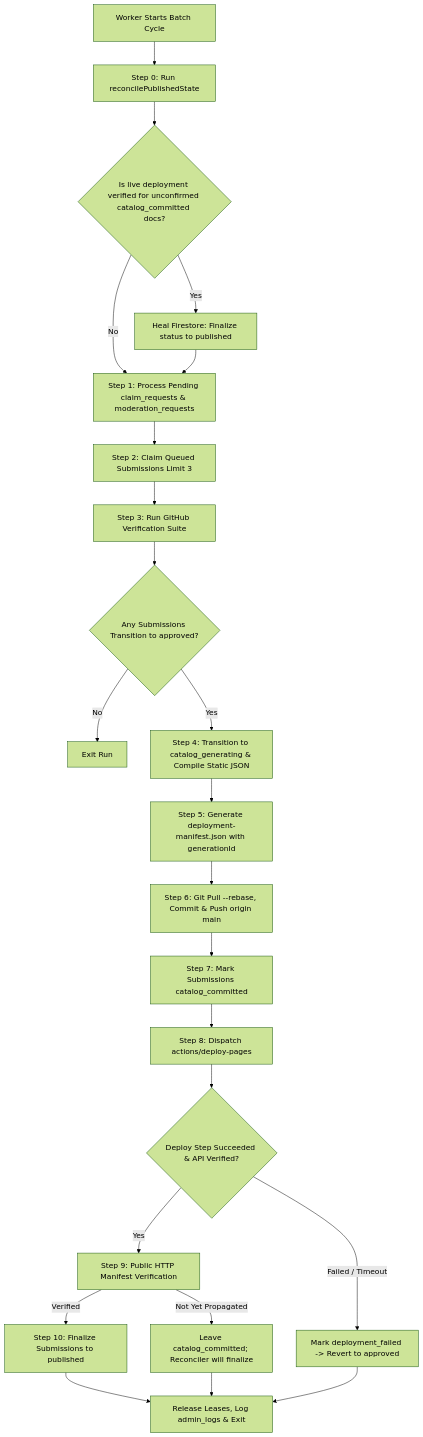
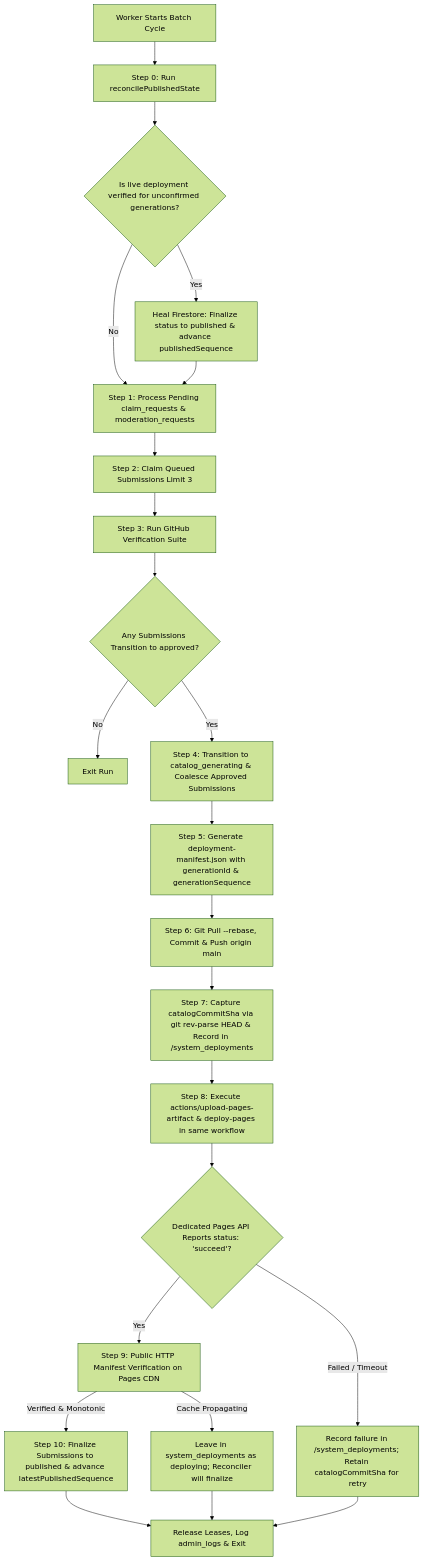
The second of 2 diagrams in docs/SUBMISSION_PIPELINE.md (Rohitpvt/GitStore), drawn with Mermaid (forest theme) before and after one commit. The commit also changed other lines of this file and 13 other files, not shown here.

Commit message:
chore(phase-0.1.3): deployment integrity, admin bootstrap, workflow security and non-circular manifest hardening

````diff
--- a/docs/SUBMISSION_PIPELINE.md
+++ b/docs/SUBMISSION_PIPELINE.md
@@ -135,25 +150,25 @@
 ```mermaid
 flowchart TD
     A[Worker Starts Batch Cycle] --> B[Step 0: Run reconcilePublishedState]
-    B --> C{Is live deployment verified for unconfirmed catalog_committed docs?}
-    C -->|Yes| D[Heal Firestore: Finalize status to published]
+    B --> C{Is live deployment verified for unconfirmed generations?}
+    C -->|Yes| D[Heal Firestore: Finalize status to published & advance publishedSequence]
     C -->|No| E[Step 1: Process Pending claim_requests & moderation_requests]
     D --> E
     E --> F[Step 2: Claim Queued Submissions Limit 3]
     F --> G[Step 3: Run GitHub Verification Suite]
     G --> H{Any Submissions Transition to approved?}
     H -->|No| I[Exit Run]
-    H -->|Yes| J[Step 4: Transition to catalog_generating & Compile Static JSON]
-    J --> K[Step 5: Generate deployment-manifest.json with generationId]
+    H -->|Yes| J[Step 4: Transition to catalog_generating & Coalesce Approved Submissions]
+    J --> K[Step 5: Generate deployment-manifest.json with generationId & generationSequence]
     K --> L[Step 6: Git Pull --rebase, Commit & Push origin main]
-    L --> M[Step 7: Mark Submissions catalog_committed]
-    M --> N[Step 8: Dispatch actions/deploy-pages]
-    N --> O{Deploy Step Succeeded & API Verified?}
-    O -->|Yes| P[Step 9: Public HTTP Manifest Verification]
-    P -->|Verified| Q[Step 10: Finalize Submissions to published]
-    P -->|Not Yet Propagated| R[Leave catalog_committed; Reconciler will finalize]
-    O -->|Failed / Timeout| S[Mark deployment_failed -> Revert to approved]
+    L --> M[Step 7: Capture catalogCommitSha via git rev-parse HEAD & Record in /system_deployments]
+    M --> N[Step 8: Execute actions/upload-pages-artifact & deploy-pages in same workflow]
+    N --> O{Dedicated Pages API Reports status: 'succeed'?}
+    O -->|Yes| P[Step 9: Public HTTP Manifest Verification on Pages CDN]
+    P -->|Verified & Monotonic| Q[Step 10: Finalize Submissions to published & advance latestPublishedSequence]
+    P -->|Cache Propagating| R[Leave in system_deployments as deploying; Reconciler will finalize]
+    O -->|Failed / Timeout| S[Record failure in /system_deployments; Retain catalogCommitSha for retry]
     Q --> T[Release Leases, Log admin_logs & Exit]
     R --> T
     S --> T
 ```
````
